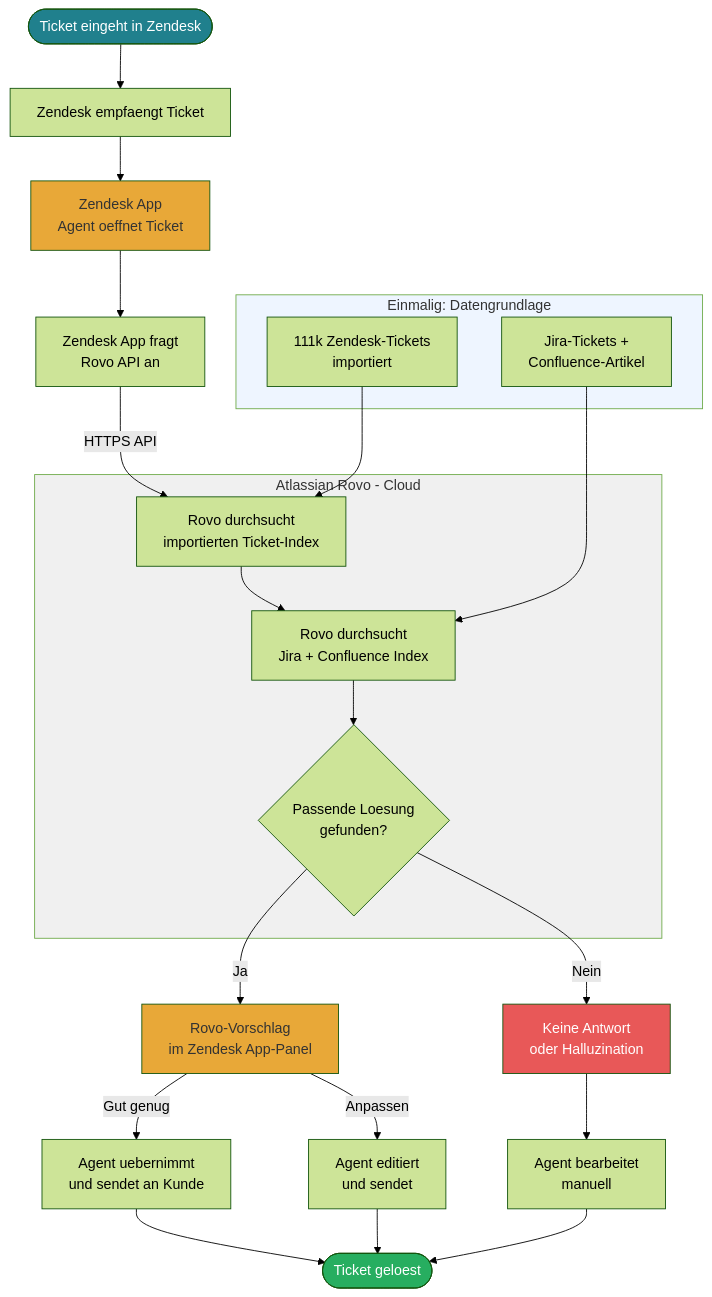
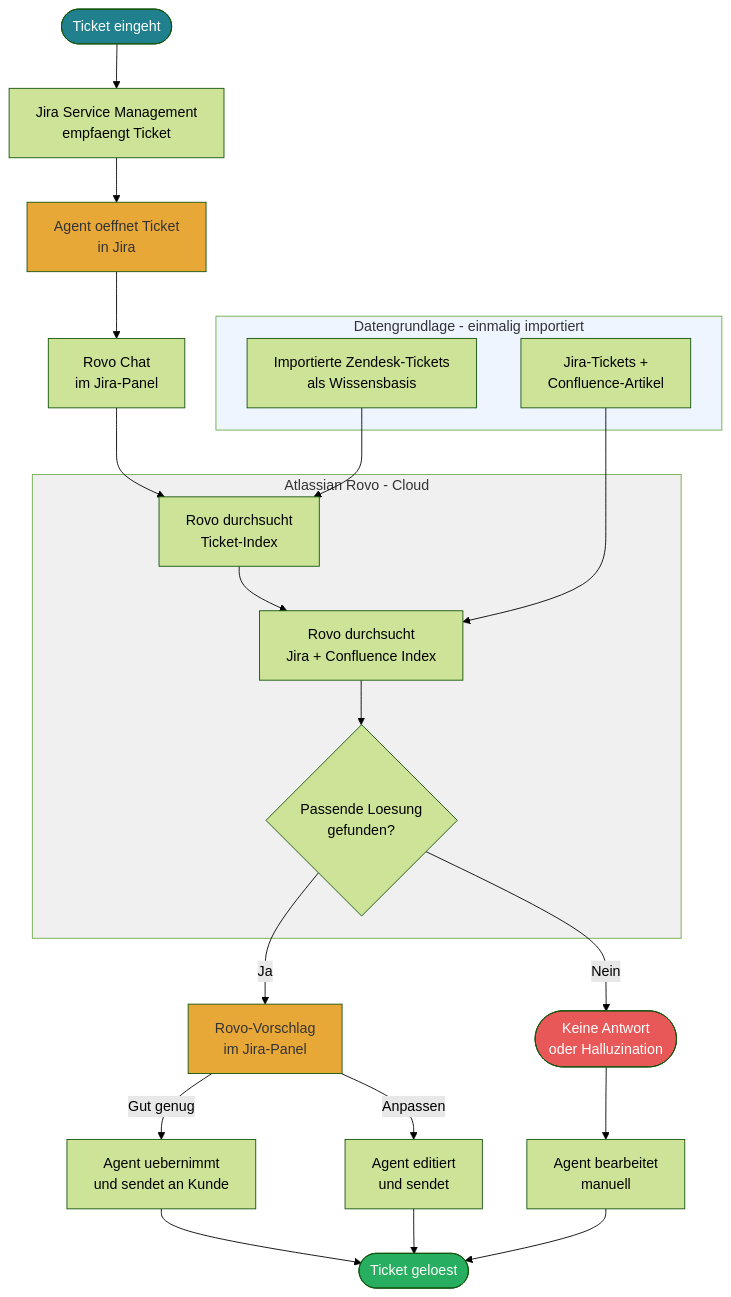
One commit to tekknix/zendesk-ai changed the fifth of 5 diagrams in readme.md. Above: the diagram before and after it, drawn with Mermaid (forest theme). The commit also changed other lines of this file, not shown here.

````diff
--- a/readme.md
+++ b/readme.md
@@ -107,36 +107,36 @@
 ```mermaid
 flowchart TD
-    A([Ticket eingeht in Zendesk]) --> B[Zendesk empfaengt Ticket]
-    B --> C[Zendesk App<br>Agent oeffnet Ticket]
-    C --> D[Zendesk App fragt<br>Rovo API an]
-    D -->|HTTPS API| E[Rovo durchsucht<br>importierten Ticket-Index]
+    A([Ticket eingeht]) --> B[Jira Service Management<br>empfaengt Ticket]
+    B --> C[Agent oeffnet Ticket<br>in Jira]
+    C --> D[Rovo Chat<br>im Jira-Panel]
+    D --> E[Rovo durchsucht<br>Ticket-Index]
     E --> F[Rovo durchsucht<br>Jira + Confluence Index]
     F --> G{Passende Loesung<br>gefunden?}
-    G -->|Ja| H[Rovo-Vorschlag<br>im Zendesk App-Panel]
-    G -->|Nein| X[Keine Antwort<br>oder Halluzination]
+    G -->|Ja| H[Rovo-Vorschlag<br>im Jira-Panel]
+    G -->|Nein| X([Keine Antwort<br>oder Halluzination])
     H -->|Gut genug| I[Agent uebernimmt<br>und sendet an Kunde]
     H -->|Anpassen| K[Agent editiert<br>und sendet]
     X --> J[Agent bearbeitet<br>manuell]
     I --> L([Ticket geloest])
     K --> L
     J --> L
 
     subgraph ROVO [Atlassian Rovo - Cloud]
         E
         F
         G
     end
 
-    subgraph IMPORT [Einmalig: Datengrundlage]
-        Z1[111k Zendesk-Tickets<br>importiert] --> E
+    subgraph IMPORT [Datengrundlage - einmalig importiert]
+        Z1[Importierte Zendesk-Tickets<br>als Wissensbasis] --> E
         Z2[Jira-Tickets +<br>Confluence-Artikel] --> F
     end
 
     style A fill:#20808D,color:#fff
     style C fill:#E8A838,color:#333
     style H fill:#E8A838,color:#333
     style L fill:#27AE60,color:#fff
     style X fill:#E85858,color:#fff
     style ROVO fill:#f0f0f0,color:#333
     style IMPORT fill:#eef5ff,color:#333
 ```
````
